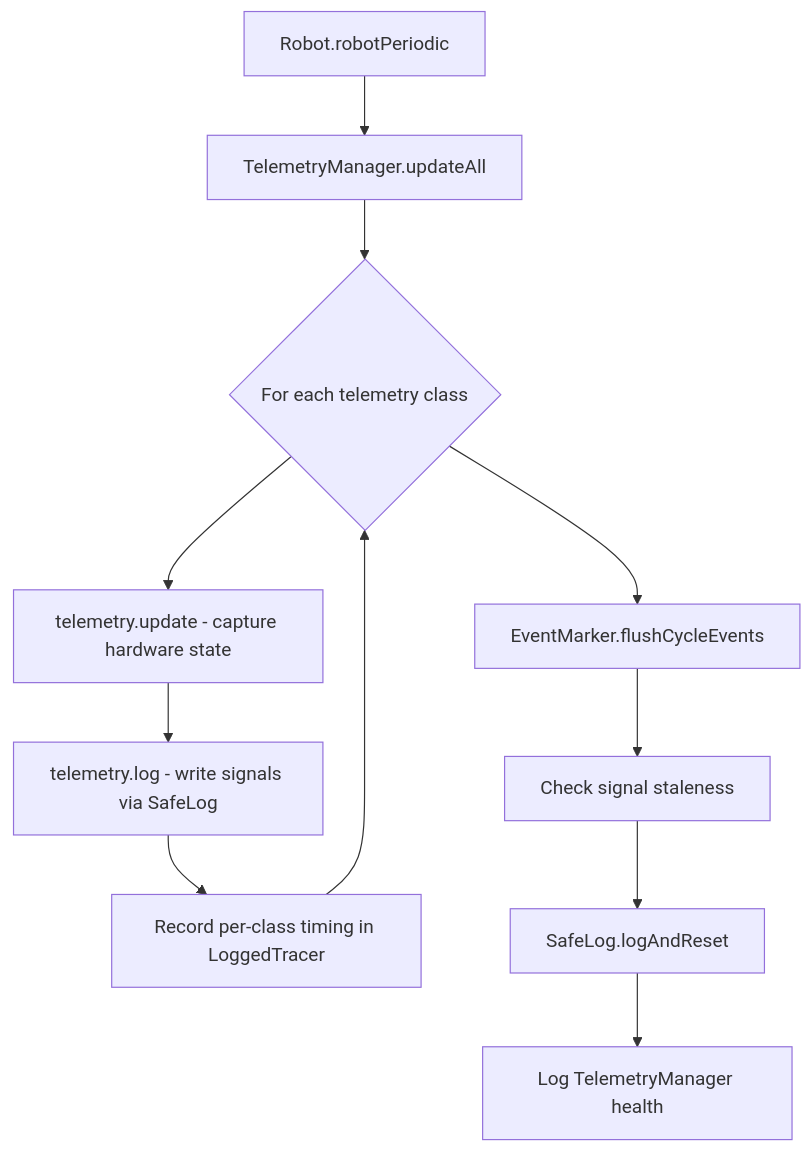
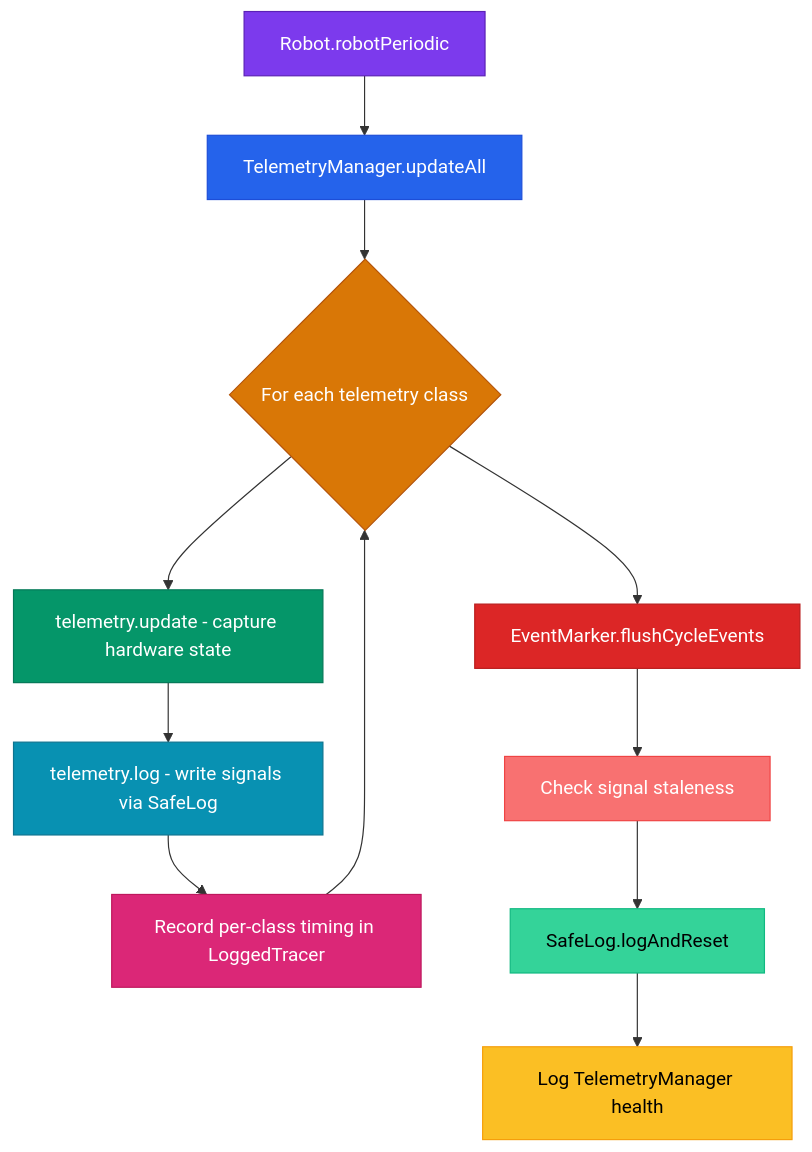
Before and after one commit to eeveemara/frc5962-2026-docs: the diagram in docs/architecture/telemetry-system.md, drawn with Mermaid. The commit also changed 14 other files, not shown here.

Commit message:
Add explicit colors to all 20 mermaid diagrams for GitBook dark mode

````diff
--- a/docs/architecture/telemetry-system.md
+++ b/docs/architecture/telemetry-system.md
@@ -74,13 +74,24 @@
 ```mermaid
 flowchart TD
     A[Robot.robotPeriodic] --> B[TelemetryManager.updateAll]
     B --> C{For each telemetry class}
     C --> D[telemetry.update - capture hardware state]
     D --> E[telemetry.log - write signals via SafeLog]
     E --> F[Record per-class timing in LoggedTracer]
     F --> C
     C --> G[EventMarker.flushCycleEvents]
     G --> H[Check signal staleness]
     H --> I[SafeLog.logAndReset]
     I --> J[Log TelemetryManager health]
+
+    style A fill:#7c3aed,stroke:#5b21b6,color:#fff
+    style B fill:#2563eb,stroke:#1d4ed8,color:#fff
+    style C fill:#d97706,stroke:#b45309,color:#fff
+    style D fill:#059669,stroke:#047857,color:#fff
+    style E fill:#0891b2,stroke:#0e7490,color:#fff
+    style F fill:#db2777,stroke:#be185d,color:#fff
+    style G fill:#dc2626,stroke:#b91c1c,color:#fff
+    style H fill:#f87171,stroke:#ef4444,color:#fff
+    style I fill:#34d399,stroke:#10b981,color:#000
+    style J fill:#fbbf24,stroke:#f59e0b,color:#000
 ```
````
